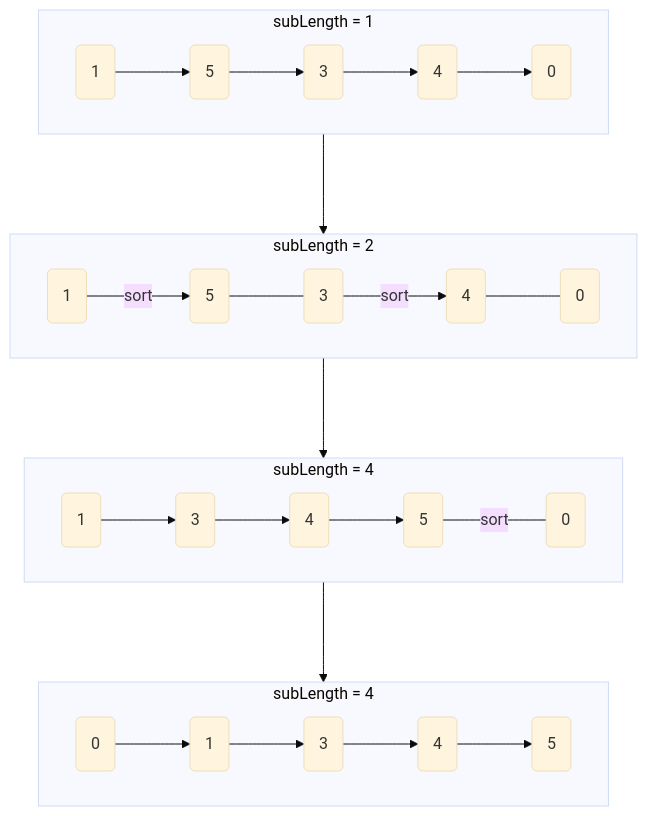
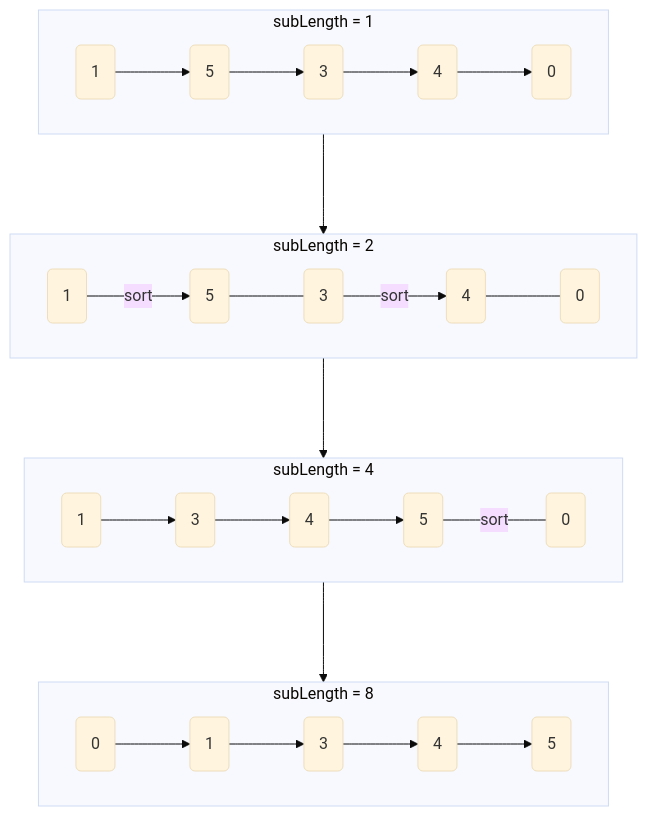
The third of 3 diagrams in docs/algo-linkList/leetCode/sortLinkList/index.mdx (Wangbaoqi/leetCode), drawn with Mermaid (base theme) before and after one commit. The commit also changed other lines of this file and 6 other files, not shown here.

````diff
--- a/docs/algo-linkList/leetCode/sortLinkList/index.mdx
+++ b/docs/algo-linkList/leetCode/sortLinkList/index.mdx
@@ -150,22 +151,22 @@
 ```mermaid
 flowchart TB;
 
   A ---> B ---> C ---> D
 
   subgraph A [subLength = 1]
     a(1) --> b(5) --> c(3) --> d(4) --> e(0)
   end
 
   subgraph B [subLength = 2]
     a1(1) -->|sort| b1(5) --- c1(3) -->|sort| d1(4) --- e1(0)
   end
 
   subgraph C [subLength = 4]
     a2(1) --> b2(3) --> c2(4) --> d2(5) ---|sort| e2(0)
   end
 
-  subgraph D [subLength = 4]
+  subgraph D [subLength = 8]
     a3(0) --> b3(1) --> c3(3) --> d3(4) --> e3(5)
   end
 
 ```
````
